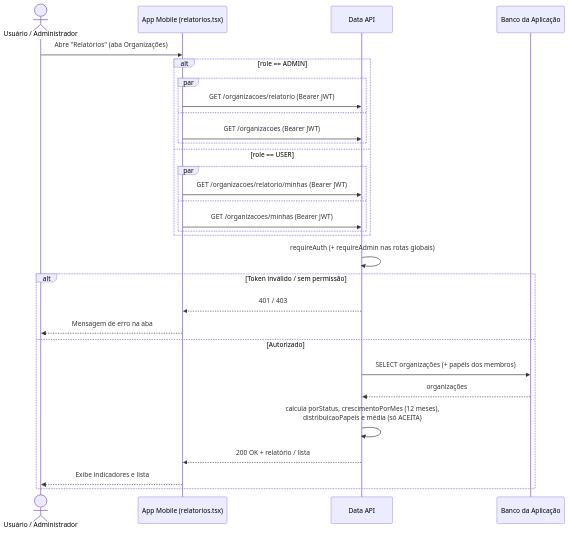
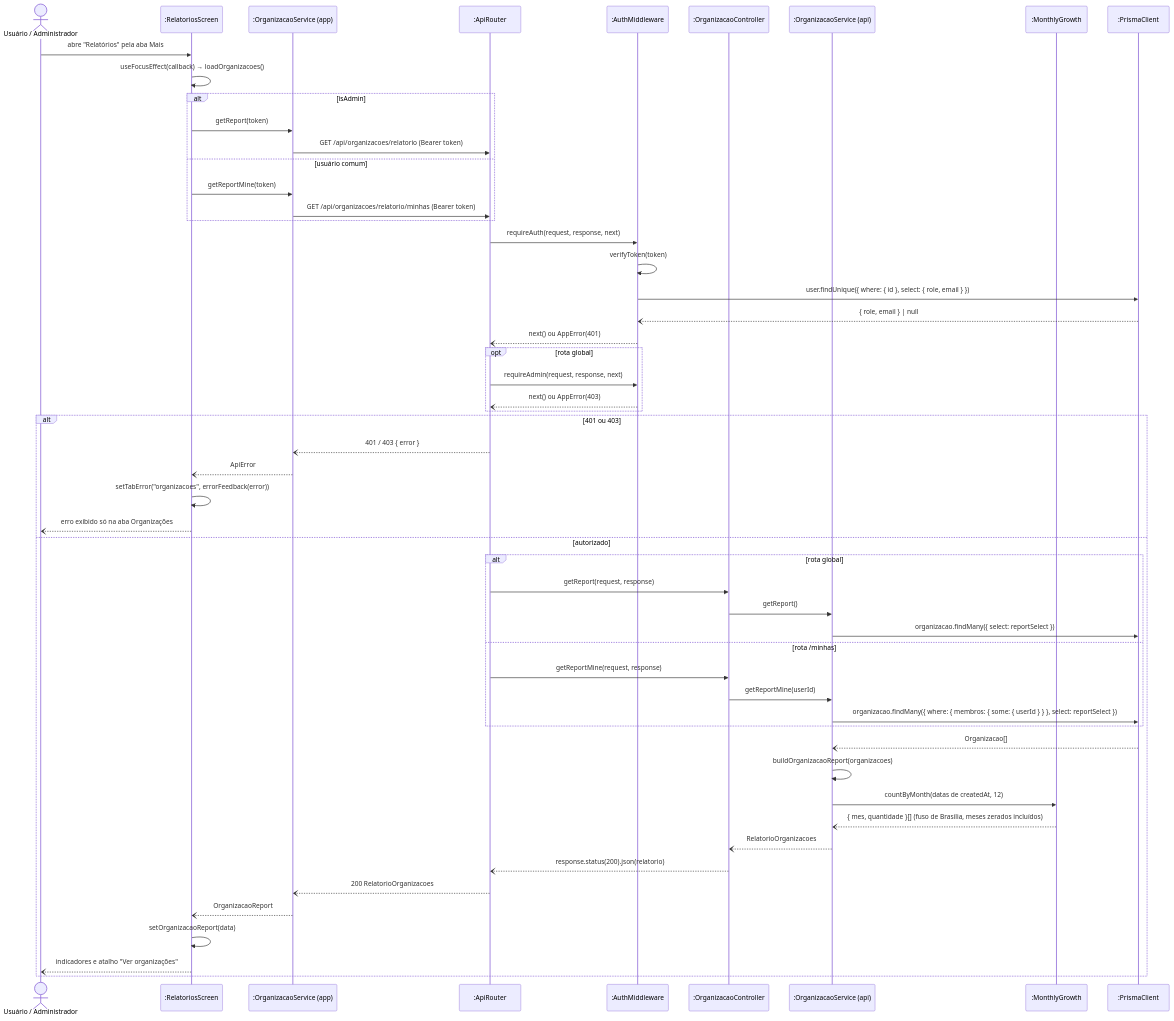
Diagram 13 of 17 in documentos/entrega2_Di1/requisitos_e_casos_de_uso.md (MiguelIFSP/BRTPDS2-PROJETO-E-DESENVOLVIMENTO-DE-SISTEMAS-2), drawn with Mermaid before and after one commit. The commit also changed other lines of this file and 7 other files, not shown here.

````diff
--- a/documentos/entrega2_Di1/requisitos_e_casos_de_uso.md
+++ b/documentos/entrega2_Di1/requisitos_e_casos_de_uso.md
@@ -701,33 +885,57 @@
 ```mermaid
 sequenceDiagram
     actor U as Usuário / Administrador
-    participant App as App Mobile (relatorios.tsx)
-    participant Api as Data API
-    participant DB as Banco da Aplicação
+    participant Tela as :RelatoriosScreen
+    participant OA as :OrganizacaoService (app)
+    participant R as :ApiRouter
+    participant Au as :AuthMiddleware
+    participant C as :OrganizacaoController
+    participant S as :OrganizacaoService (api)
+    participant MG as :MonthlyGrowth
+    participant P as :PrismaClient
 
-    U->>App: Abre "Relatórios" (aba Organizações)
-    alt role == ADMIN
-        par
-            App->>Api: GET /organizacoes/relatorio (Bearer JWT)
-        and
-            App->>Api: GET /organizacoes (Bearer JWT)
+    U->>Tela: abre "Relatórios" pela aba Mais
+    Tela->>Tela: useFocusEffect(callback) → loadOrganizacoes()
+    alt isAdmin
+        Tela->>OA: getReport(token)
+        OA->>R: GET /api/organizacoes/relatorio (Bearer token)
+    else usuário comum
+        Tela->>OA: getReportMine(token)
+        OA->>R: GET /api/organizacoes/relatorio/minhas (Bearer token)
+    end
+    R->>Au: requireAuth(request, response, next)
+    Au->>Au: verifyToken(token)
+    Au->>P: user.findUnique({ where: { id }, select: { role, email } })
+    P--)Au: { role, email } | null
+    Au--)R: next() ou AppError(401)
+    opt rota global
+        R->>Au: requireAdmin(request, response, next)
+        Au--)R: next() ou AppError(403)
+    end
+    alt 401 ou 403
+        R--)OA: 401 / 403 { error }
+        OA--)Tela: ApiError
+        Tela->>Tela: setTabError("organizacoes", errorFeedback(error))
+        Tela--)U: erro exibido só na aba Organizações
+    else autorizado
+        alt rota global
+            R->>C: getReport(request, response)
+            C->>S: getReport()
+            S->>P: organizacao.findMany({ select: reportSelect })
+        else rota /minhas
+            R->>C: getReportMine(request, response)
+            C->>S: getReportMine(userId)
+            S->>P: organizacao.findMany({ where: { membros: { some: { userId } } }, select: reportSelect })
         end
-    else role == USER
-        par
-            App->>Api: GET /organizacoes/relatorio/minhas (Bearer JWT)
-        and
-            App->>Api: GET /organizacoes/minhas (Bearer JWT)
-        end
-    end
-    Api->>Api: requireAuth (+ requireAdmin nas rotas globais)
-    alt Token inválido / sem permissão
-        Api-->>App: 401 / 403
-        App-->>U: Mensagem de erro na aba
-    else Autorizado
-        Api->>DB: SELECT organizações (+ papéis dos membros)
-        DB-->>Api: organizações
-        Api->>Api: calcula porStatus, crescimentoPorMes (12 meses),<br/>distribuicaoPapeis e média (só ACEITA)
-        Api-->>App: 200 OK + relatório / lista
-        App-->>U: Exibe indicadores e lista
+        P--)S: Organizacao[]
+        S->>S: buildOrganizacaoReport(organizacoes)
+        S->>MG: countByMonth(datas de createdAt, 12)
+        MG--)S: { mes, quantidade }[] (fuso de Brasília, meses zerados incluídos)
+        S--)C: RelatorioOrganizacoes
+        C--)R: response.status(200).json(relatorio)
+        R--)OA: 200 RelatorioOrganizacoes
+        OA--)Tela: OrganizacaoReport
+        Tela->>Tela: setOrganizacaoReport(data)
+        Tela--)U: indicadores e atalho "Ver organizações"
     end
 ```
````
